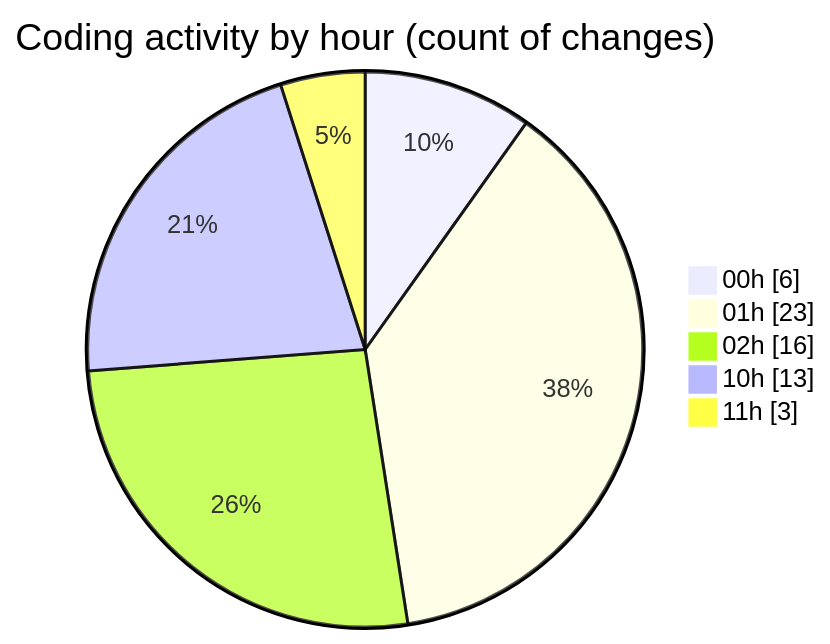
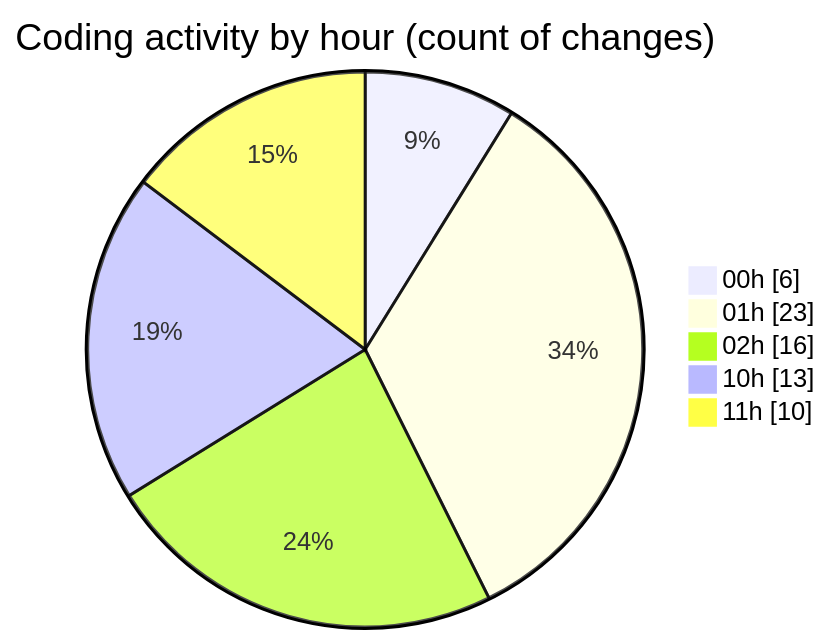
Before and after one commit to julien-gomy/code-tracking: the second of 2 diagrams in 2025-11-08/eventscop-frontend-guide__workspace_/README.md, drawn with Mermaid. The commit also changed other lines of this file and 1 other file, not shown here.

````diff
--- a/2025-11-08/eventscop-frontend-guide__workspace_/README.md
+++ b/2025-11-08/eventscop-frontend-guide__workspace_/README.md
@@ -44,9 +46,9 @@
 ```mermaid
 pie showData
 title Coding activity by hour (count of changes)
 "00h" : 6
 "01h" : 23
 "02h" : 16
 "10h" : 13
-"11h" : 3
+"11h" : 10
 ```
````
